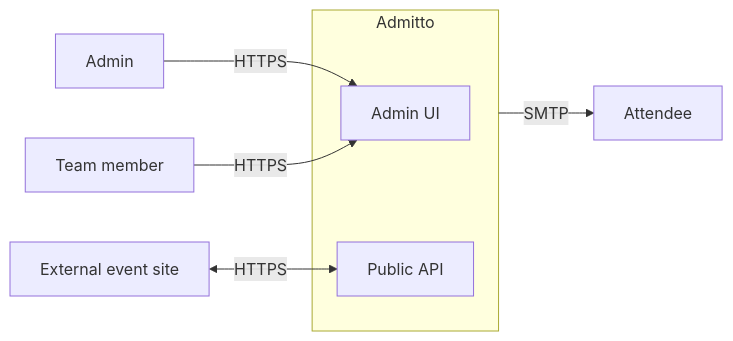
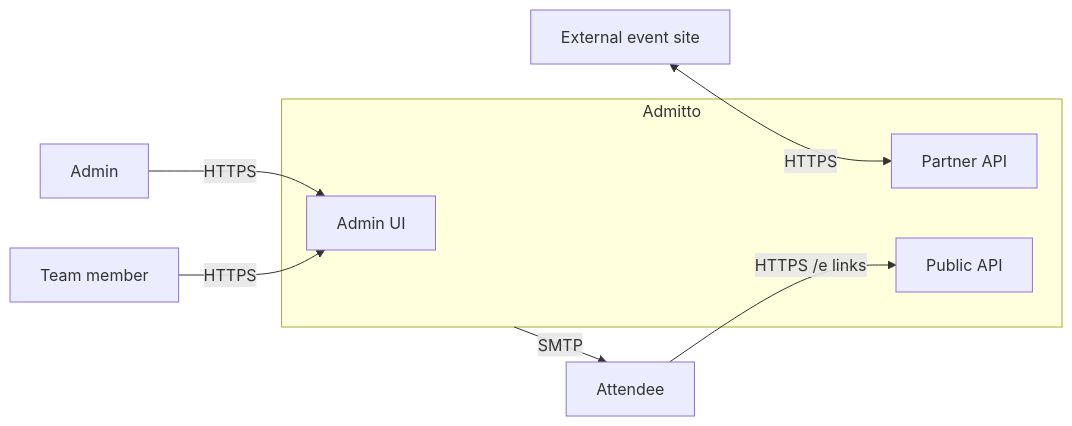
Before and after one commit to amolenk/Admitto: the second of 2 diagrams in docs/arc42/03-context-and-scope.md, drawn with Mermaid. The commit also changed other lines of this file and 103 other files, not shown here.

Commit message:
Rename Public API to Partner API and update related endpoints and documentation

````diff
--- a/docs/arc42/03-context-and-scope.md
+++ b/docs/arc42/03-context-and-scope.md
@@ -28,13 +28,15 @@
 ```mermaid
 flowchart LR
   Admin["Admin"] -->|HTTPS| AdminUI["Admin UI"]
   TeamMember["Team member"] -->|HTTPS| AdminUI
-  EventSite["External event site"] <-->|HTTPS| PublicAPI["Public API"]
+  EventSite["External event site"] <-->|HTTPS| PartnerAPI["Partner API"]
+  Attendee["Attendee"] -->|HTTPS /e links| PublicAPI["Public API"]
 
   subgraph Admitto
     AdminUI
+    PartnerAPI
     PublicAPI
   end
 
   Admitto -->|SMTP| Attendee["Attendee"]
 ```
````
